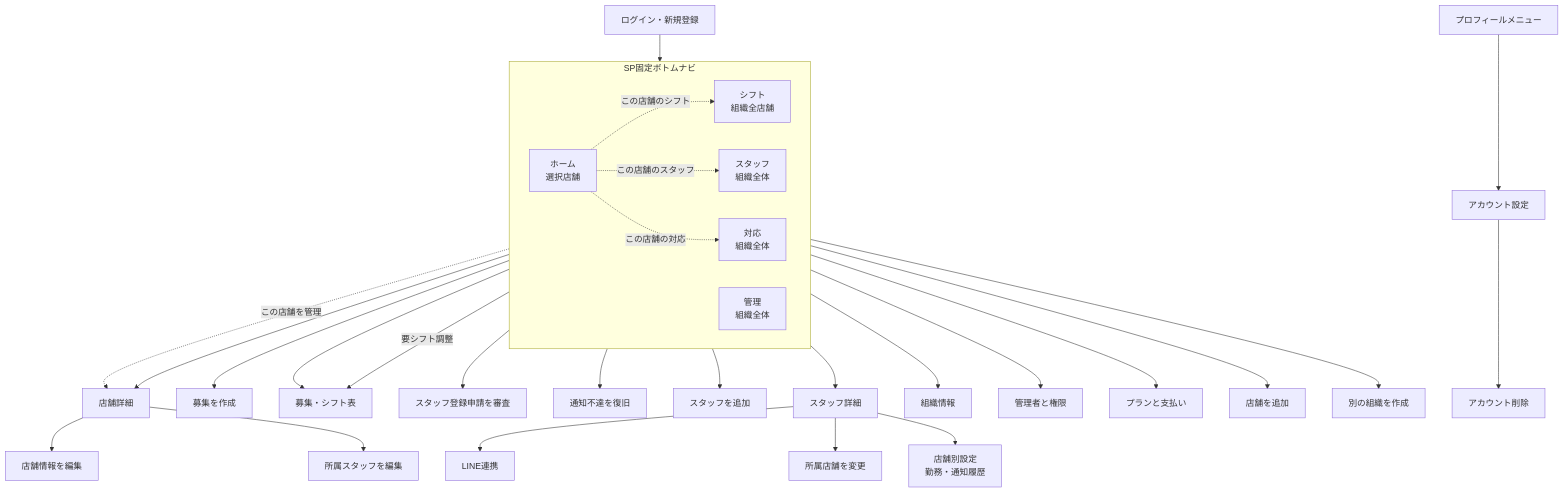
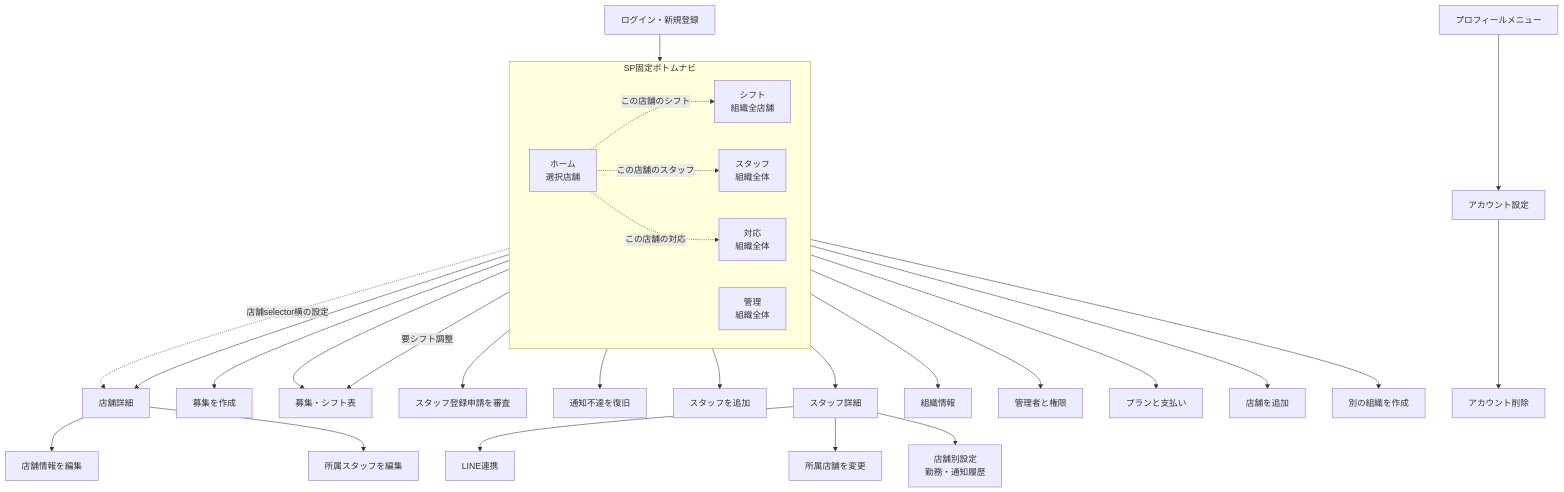
The first of 3 diagrams in doc/plans/2026-08-14_SPボトムナビゲーションと画面遷移_実装計画.md (yn1323/yps-crispy-carnival), drawn with Mermaid before and after one commit. The commit also changed other lines of this file and 2 other files, not shown here.

````diff
--- a/doc/plans/2026-08-14_SPボトムナビゲーションと画面遷移_実装計画.md
+++ b/doc/plans/2026-08-14_SPボトムナビゲーションと画面遷移_実装計画.md
@@ -226,43 +230,43 @@
 ```mermaid
 flowchart TB
   AUTH["ログイン・新規登録"] --> HOME
 
   subgraph ROOTS["SP固定ボトムナビ"]
     direction LR
     HOME["ホーム<br/>選択店舗"]
     SHIFTS["シフト<br/>組織全店舗"]
     STAFF["スタッフ<br/>組織全体"]
     ACTIONS["対応<br/>組織全体"]
     MANAGE["管理<br/>組織全体"]
   end
 
   HOME -.->|"この店舗のシフト"| SHIFTS
   HOME -.->|"この店舗のスタッフ"| STAFF
   HOME -.->|"この店舗の対応"| ACTIONS
-  HOME -.->|"この店舗を管理"| SHOP_DETAIL
+  HOME -.->|"店舗selector横の設定"| SHOP_DETAIL
 
   SHIFTS --> SHIFT_NEW["募集を作成"]
   SHIFTS --> BOARD["募集・シフト表"]
   ACTIONS -->|"要シフト調整"| BOARD
   ACTIONS --> REGISTRATION["スタッフ登録申請を審査"]
   ACTIONS --> DELIVERY["通知不達を復旧"]
 
   STAFF --> STAFF_NEW["スタッフを追加"]
   STAFF --> PERSON["スタッフ詳細"]
   PERSON --> LINE["LINE連携"]
   PERSON --> MEMBERSHIPS["所属店舗を変更"]
   PERSON --> PERSON_SHOP["店舗別設定<br/>勤務・通知履歴"]
 
   MANAGE --> ORG["組織情報"]
   MANAGE --> MANAGERS["管理者と権限"]
   MANAGE --> BILLING["プランと支払い"]
   MANAGE --> SHOP_DETAIL["店舗詳細"]
   MANAGE --> SHOP_NEW["店舗を追加"]
   MANAGE --> ORG_NEW["別の組織を作成"]
 
   SHOP_DETAIL --> SHOP_EDIT["店舗情報を編集"]
   SHOP_DETAIL --> SHOP_STAFF["所属スタッフを編集"]
 
   PROFILE["プロフィールメニュー"] --> ACCOUNT["アカウント設定"]
   ACCOUNT --> ACCOUNT_DELETE["アカウント削除"]
 ```
````
